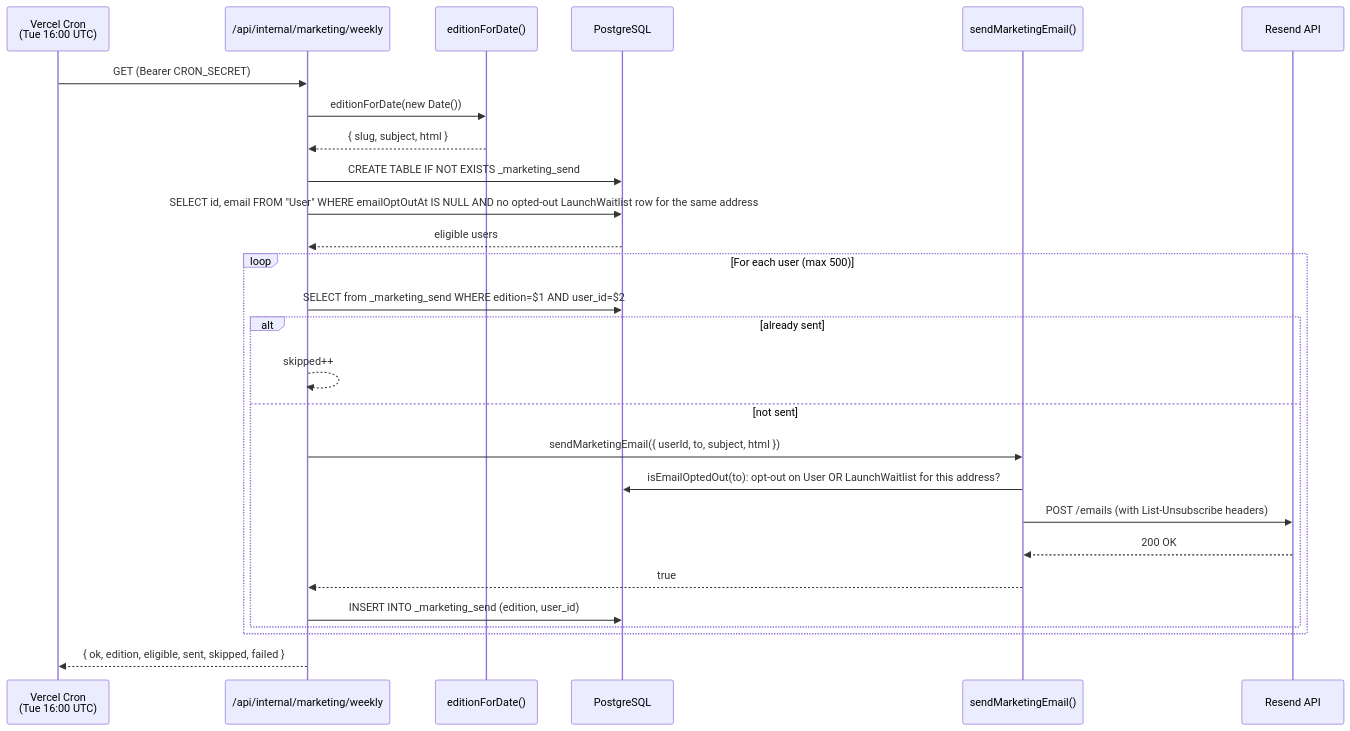
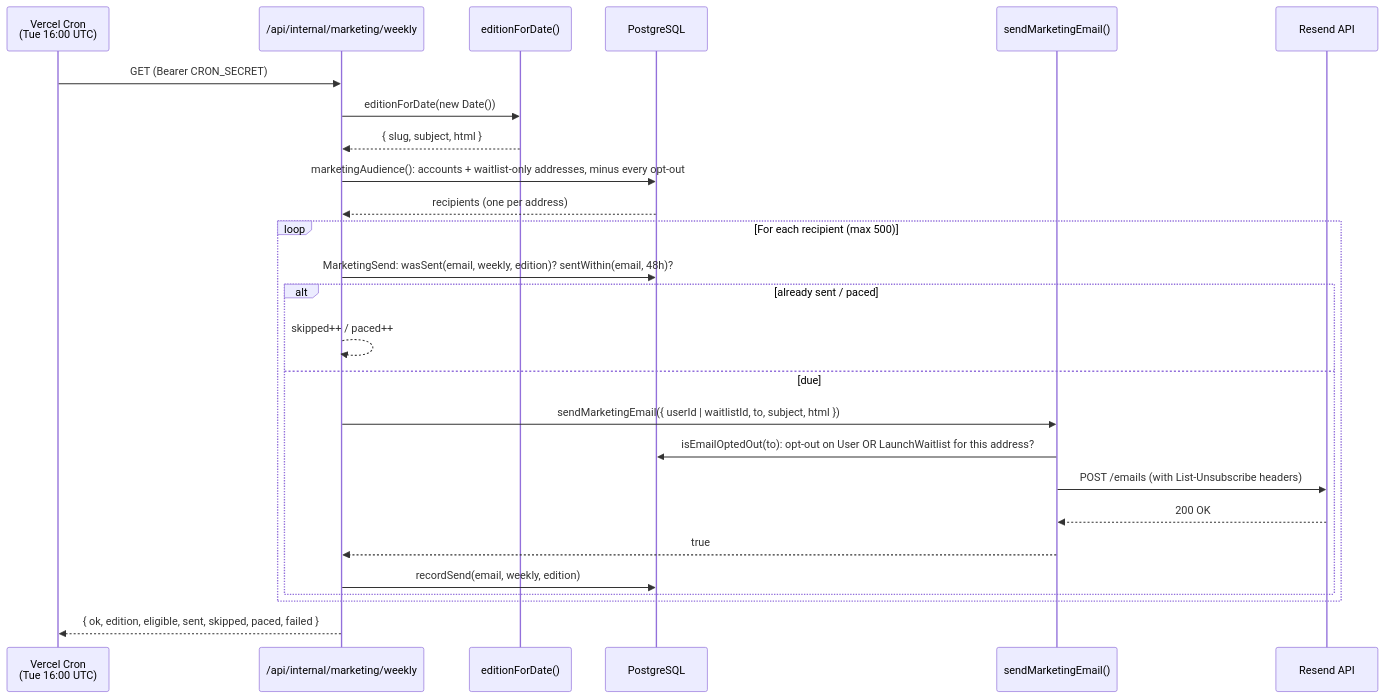
Before and after one commit to dgmolla/fitsy: the diagram in docs/engineering/backend/marketing-emails.md, drawn with Mermaid. The commit also changed other lines of this file and 19 other files, not shown here.

Commit message:
wip(backend): MarketingSend ledger, shared marketing audience, launch-day cron, weekly cron covers the waitlist

````diff
--- a/docs/engineering/backend/marketing-emails.md
+++ b/docs/engineering/backend/marketing-emails.md
@@ -14,30 +15,29 @@
 ```mermaid
 sequenceDiagram
     participant Vercel as Vercel Cron<br/>(Tue 16:00 UTC)
     participant Route as /api/internal/marketing/weekly
     participant EditionFn as editionForDate()
     participant DB as PostgreSQL
     participant Send as sendMarketingEmail()
     participant Resend as Resend API
 
     Vercel->>Route: GET (Bearer CRON_SECRET)
     Route->>EditionFn: editionForDate(new Date())
     EditionFn-->>Route: { slug, subject, html }
-    Route->>DB: CREATE TABLE IF NOT EXISTS _marketing_send
-    Route->>DB: SELECT id, email FROM "User" WHERE emailOptOutAt IS NULL AND no opted-out LaunchWaitlist row for the same address
-    DB-->>Route: eligible users
-    loop For each user (max 500)
-        Route->>DB: SELECT from _marketing_send WHERE edition=$1 AND user_id=$2
-        alt already sent
-            Route-->>Route: skipped++
-        else not sent
-            Route->>Send: sendMarketingEmail({ userId, to, subject, html })
+    Route->>DB: marketingAudience(): accounts + waitlist-only addresses, minus every opt-out
+    DB-->>Route: recipients (one per address)
+    loop For each recipient (max 500)
+        Route->>DB: MarketingSend: wasSent(email, weekly, edition)? sentWithin(email, 48h)?
+        alt already sent / paced
+            Route-->>Route: skipped++ / paced++
+        else due
+            Route->>Send: sendMarketingEmail({ userId | waitlistId, to, subject, html })
             Send->>DB: isEmailOptedOut(to): opt-out on User OR LaunchWaitlist for this address?
             Send->>Resend: POST /emails (with List-Unsubscribe headers)
             Resend-->>Send: 200 OK
             Send-->>Route: true
-            Route->>DB: INSERT INTO _marketing_send (edition, user_id)
+            Route->>DB: recordSend(email, weekly, edition)
         end
     end
-    Route-->>Vercel: { ok, edition, eligible, sent, skipped, failed }
+    Route-->>Vercel: { ok, edition, eligible, sent, skipped, paced, failed }
 ```
````
